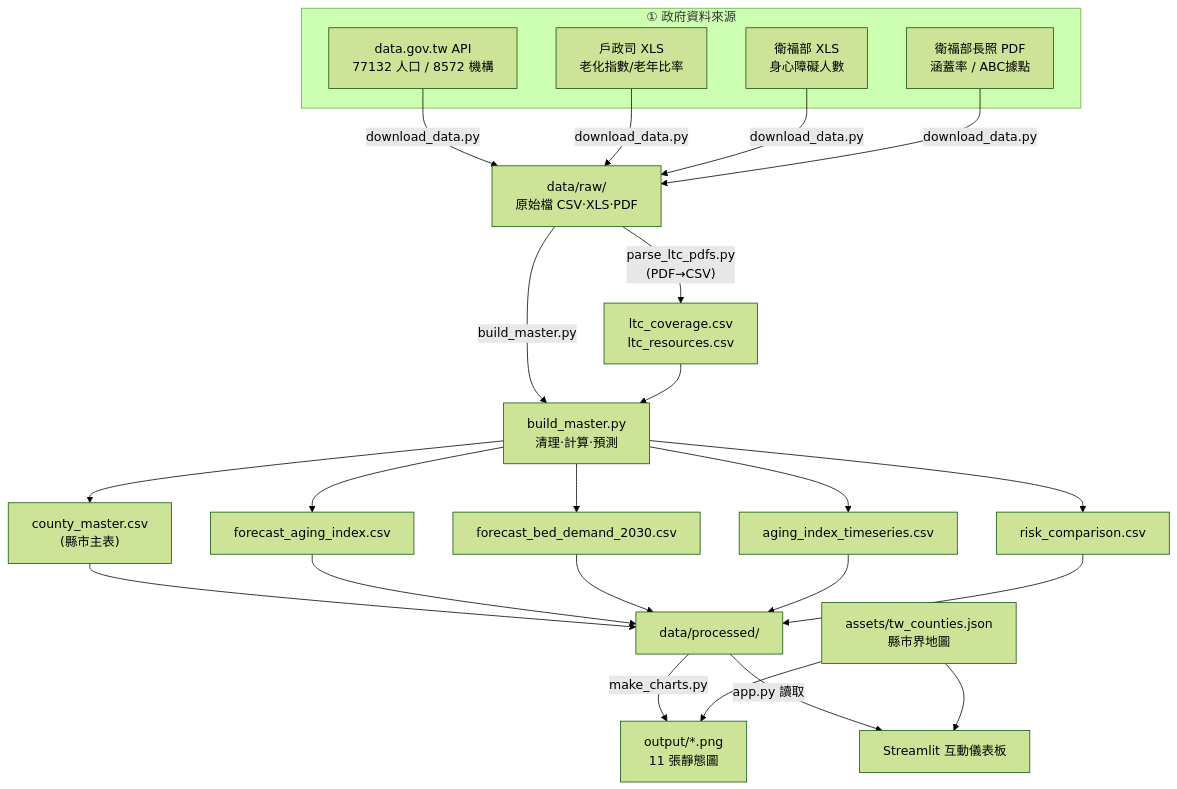
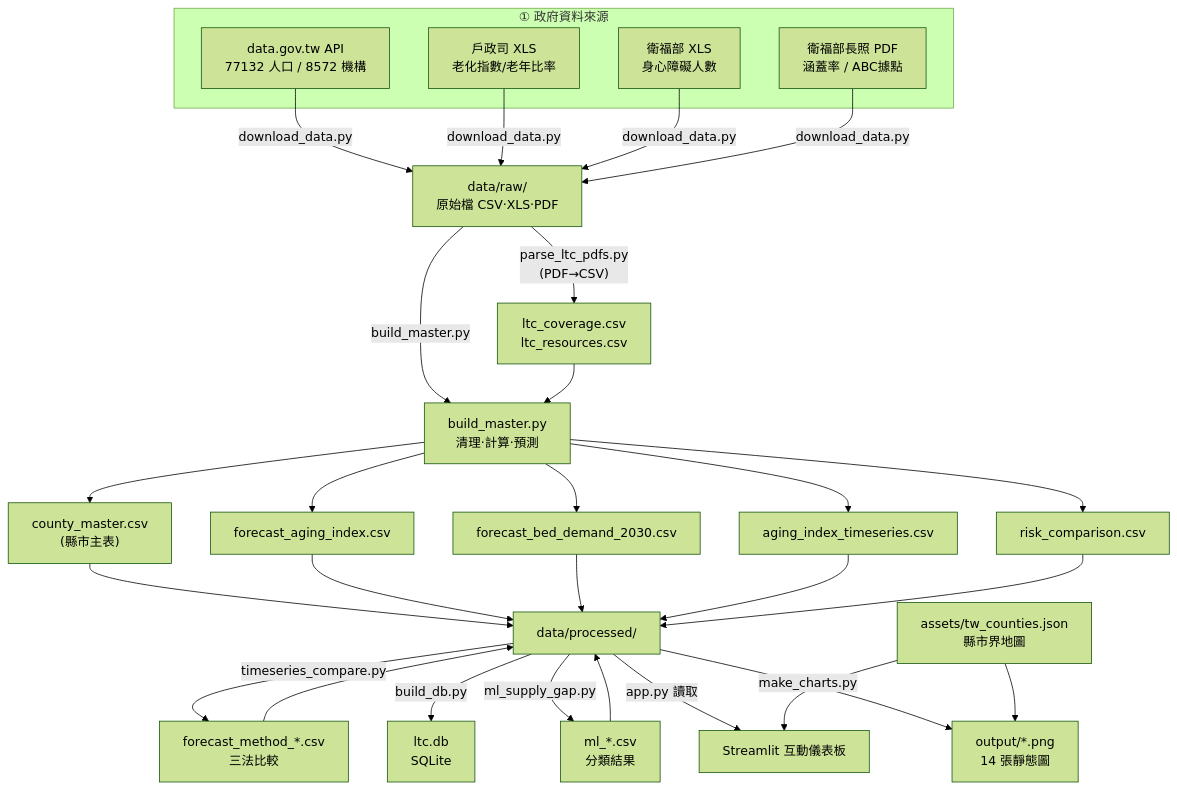
The first of 4 diagrams in ARCHITECTURE.md (Yao-JX/ltc-dashboard), drawn with Mermaid (forest theme) before and after one commit. The commit also changed other lines of this file and 19 other files, not shown here.

````diff
--- a/ARCHITECTURE.md
+++ b/ARCHITECTURE.md
@@ -46,28 +44,32 @@
 ```mermaid
 flowchart TD
     subgraph SRC["① 政府資料來源"]
         A1["data.gov.tw API<br/>77132 人口 / 8572 機構"]
         A2["戶政司 XLS<br/>老化指數/老年比率"]
         A3["衛福部 XLS<br/>身心障礙人數"]
         A4["衛福部長照 PDF<br/>涵蓋率 / ABC據點"]
     end
 
     A1 & A2 & A3 & A4 -->|"download_data.py"| RAW["data/raw/<br/>原始檔 CSV·XLS·PDF"]
 
     RAW -->|"parse_ltc_pdfs.py<br/>(PDF→CSV)"| P1["ltc_coverage.csv<br/>ltc_resources.csv"]
     RAW -->|"build_master.py"| BM["build_master.py<br/>清理·計算·預測"]
     P1 --> BM
 
     BM --> M["county_master.csv<br/>(縣市主表)"]
     BM --> F1["forecast_aging_index.csv"]
     BM --> F2["forecast_bed_demand_2030.csv"]
     BM --> C1["aging_index_timeseries.csv"]
     BM --> R1["risk_comparison.csv"]
 
     M & F1 & F2 & C1 & R1 --> PROC["data/processed/"]
 
-    PROC -->|"make_charts.py"| PNG["output/*.png<br/>11 張靜態圖"]
+    PROC -->|"make_charts.py"| PNG["output/*.png<br/>14 張靜態圖"]
+    PROC -->|"ml_supply_gap.py"| ML["ml_*.csv<br/>分類結果"]
+    PROC -->|"timeseries_compare.py"| TSF["forecast_method_*.csv<br/>三法比較"]
+    PROC -->|"build_db.py"| DB["ltc.db<br/>SQLite"]
+    ML & TSF --> PROC
     PROC -->|"app.py 讀取"| WEB["Streamlit 互動儀表板"]
     GEO["assets/tw_counties.json<br/>縣市界地圖"] --> PNG
     GEO --> WEB
 ```
````
